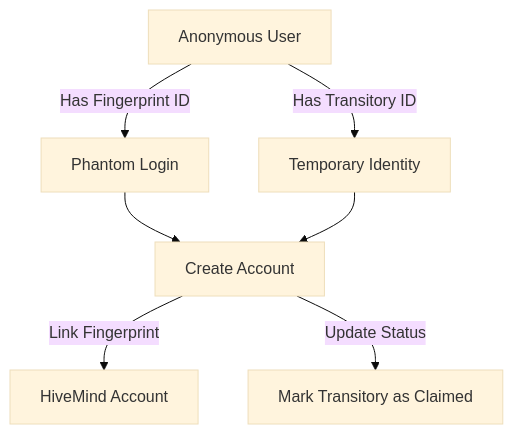
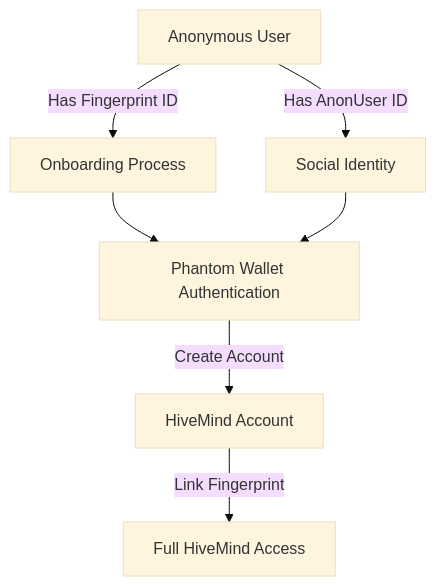
Before and after one commit to project-89/argos-server: the third of 3 diagrams in docs/HIVEMIND.md, drawn with Mermaid (base theme). The commit also changed other lines of this file and 23 other files, not shown here.

````diff
--- a/docs/HIVEMIND.md
+++ b/docs/HIVEMIND.md
@@ -117,9 +159,9 @@
 ```mermaid
 graph TD
-    A[Anonymous User] -->|Has Fingerprint ID| B[Phantom Login]
-    A -->|Has Transitory ID| C[Temporary Identity]
-    B --> D[Create Account]
+    A[Anonymous User] -->|Has Fingerprint ID| B[Onboarding Process]
+    A -->|Has AnonUser ID| C[Social Identity]
+    B --> D[Phantom Wallet Authentication]
     C --> D
-    D -->|Link Fingerprint| E[HiveMind Account]
-    D -->|Update Status| F[Mark Transitory as Claimed]
+    D -->|Create Account| E[HiveMind Account]
+    E -->|Link Fingerprint| F[Full HiveMind Access]
 ```
````
